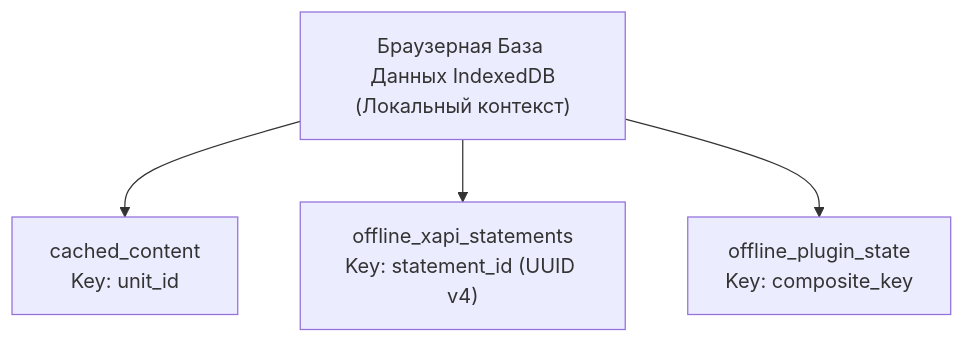
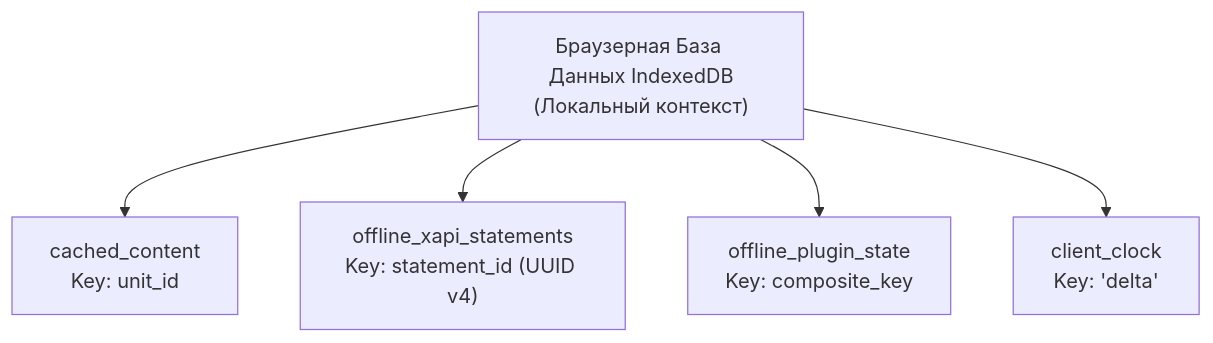
The diagram in specs/OFFLINE_SYNC.md (mosgaz/rust-lms), drawn with Mermaid before and after one commit. The commit also changed other lines of this file and 4 other files, not shown here.

````diff
--- a/specs/OFFLINE_SYNC.md
+++ b/specs/OFFLINE_SYNC.md
@@ -58,6 +60,7 @@
 ```mermaid
 flowchart TD
     A["Браузерная База Данных IndexedDB<br/>(Локальный контекст)"] --> B["cached_content<br/>Key: unit_id"]
     A --> C["offline_xapi_statements<br/>Key: statement_id (UUID v4)"]
     A --> D["offline_plugin_state<br/>Key: composite_key"]
+    A --> E["client_clock<br/>Key: 'delta'"]
 ```
````
